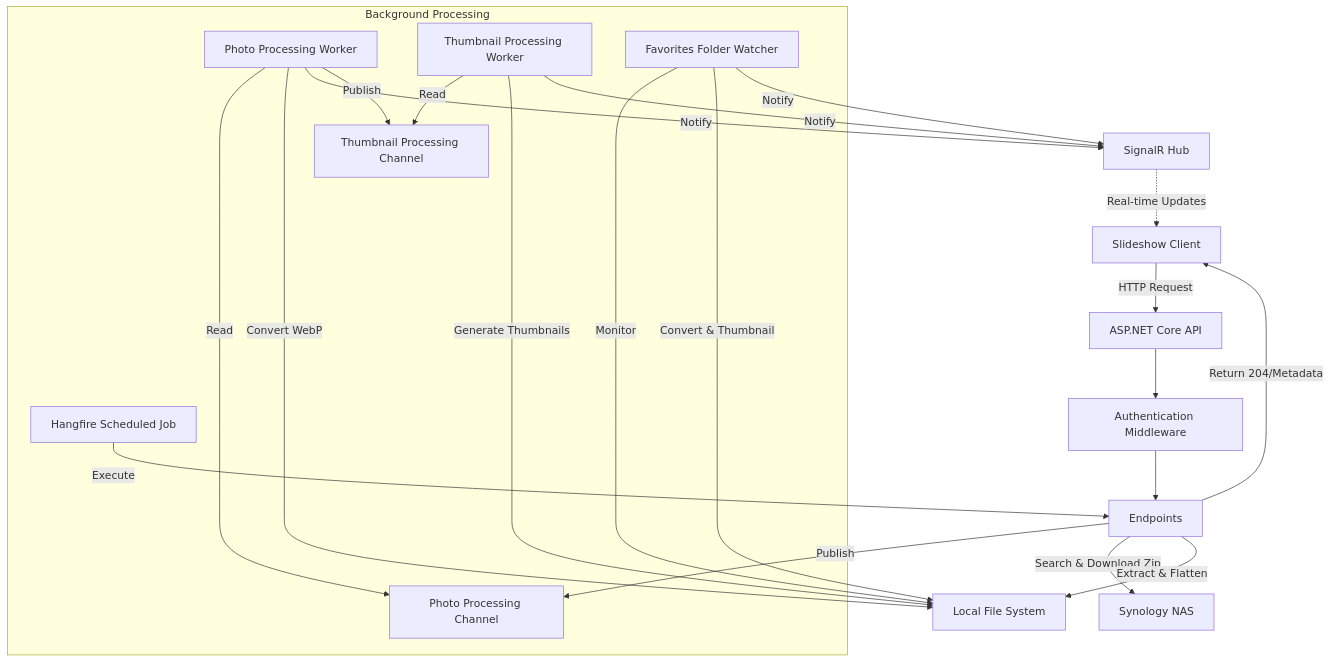
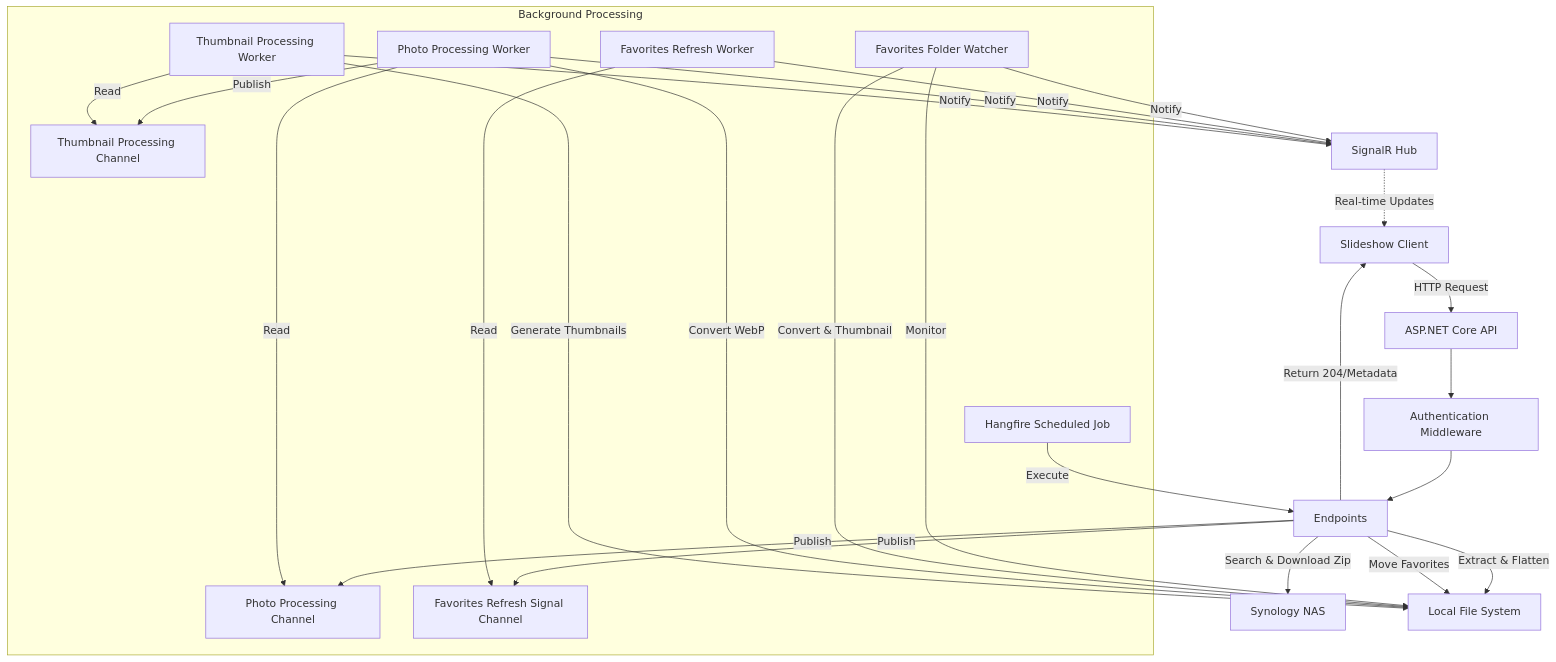
The first of 8 diagrams in docs/architecture.md (esausilva/synology-photos-slideshow-api), drawn with Mermaid before and after one commit. The commit also changed other lines of this file and 16 other files, not shown here.

````diff
--- a/docs/architecture.md
+++ b/docs/architecture.md
@@ -7,44 +7,51 @@
 ```mermaid
 graph TD
     Client[Slideshow Client]
     API[ASP.NET Core API]
     MW[Authentication Middleware]
     EP[Endpoints]
     NAS[Synology NAS]
     FS[Local File System]
     SignalR[SignalR Hub]
     
     subgraph Background Processing
         PhotoChannel[Photo Processing Channel]
         ThumbChannel[Thumbnail Processing Channel]
         PhotoWorker[Photo Processing Worker]
         ThumbWorker[Thumbnail Processing Worker]
         FavWorker[Favorites Folder Watcher]
+        FavRefreshChannel[Favorites Refresh Signal Channel]
+        FavRefreshWorker[Favorites Refresh Worker]
         Hangfire[Hangfire Scheduled Job]
     end
 
     Client -->|HTTP Request| API
     API --> MW
     MW --> EP
     
     EP -->|Search & Download Zip| NAS
     EP -->|Extract & Flatten| FS
     EP -->|Publish| PhotoChannel
+    EP -->|Move Favorites| FS
+    EP -->|Publish| FavRefreshChannel
     EP -->|Return 204/Metadata| Client
 
     FavWorker -->|Monitor| FS
     FavWorker -->|Convert & Thumbnail| FS
     FavWorker -->|Notify| SignalR
+
+    FavRefreshWorker -->|Read| FavRefreshChannel
+    FavRefreshWorker -->|Notify| SignalR
 
     PhotoWorker -->|Read| PhotoChannel
     PhotoWorker -->|Convert WebP| FS
     PhotoWorker -->|Notify| SignalR
     PhotoWorker -->|Publish| ThumbChannel
 
     ThumbWorker -->|Read| ThumbChannel
     ThumbWorker -->|Generate Thumbnails| FS
     ThumbWorker -->|Notify| SignalR
 
     Hangfire -->|Execute| EP
     SignalR -.->|Real-time Updates| Client
 ```
````
